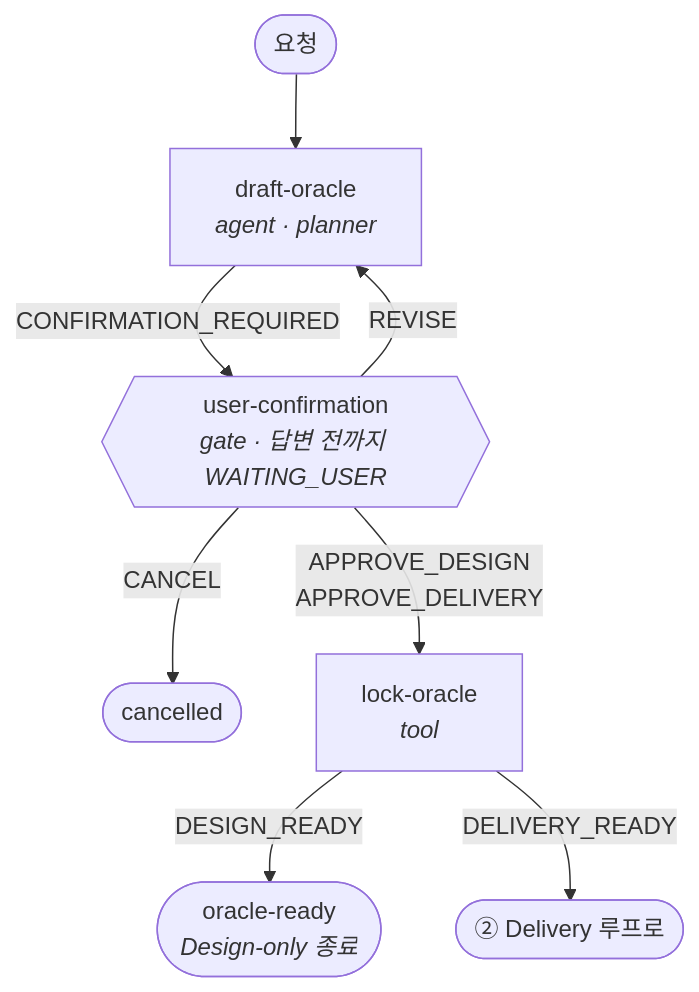
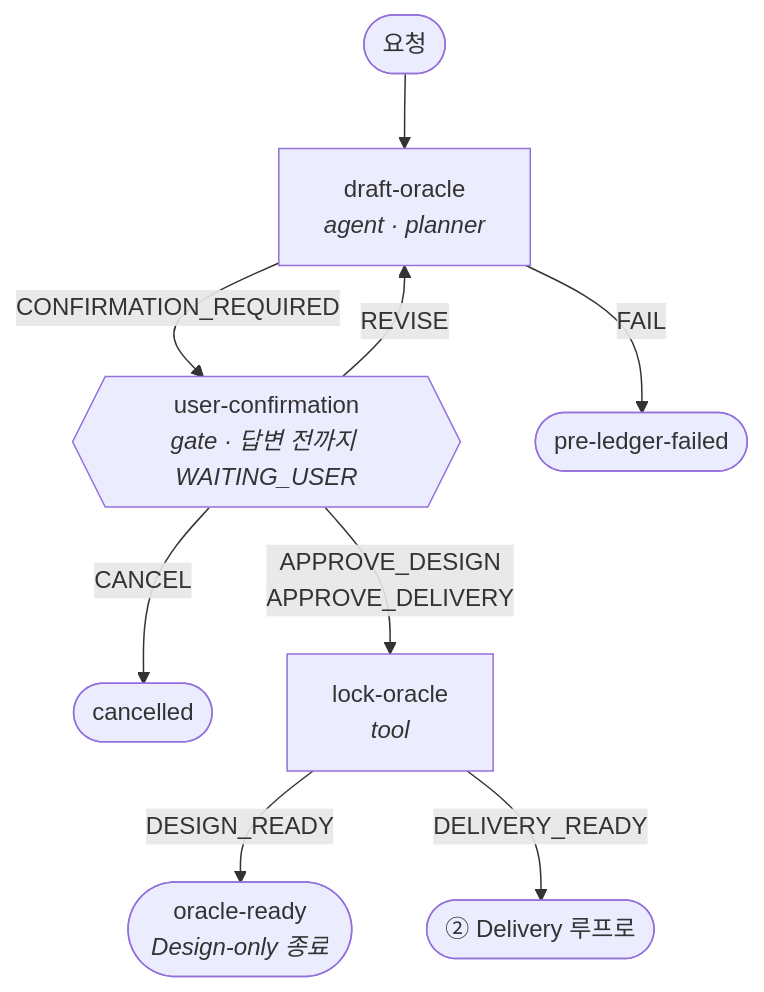
One commit to lodado/shareds changed the first of 3 diagrams in packages/frontend-oracle-design/skills/README.md. Above: the diagram before and after it, drawn with Mermaid. The commit also changed other lines of this file and 43 other files, not shown here.

````diff
--- a/packages/frontend-oracle-design/skills/README.md
+++ b/packages/frontend-oracle-design/skills/README.md
@@ -35,10 +35,11 @@
 ```mermaid
 flowchart TB
   REQ(["요청"]) --> D["draft-oracle<br/><i>agent · planner</i>"]
   D -->|CONFIRMATION_REQUIRED| U{{"user-confirmation<br/><i>gate · 답변 전까지 WAITING_USER</i>"}}
+  D -->|FAIL| PF(["pre-ledger-failed"])
   U -->|REVISE| D
   U -->|CANCEL| CX(["cancelled"])
   U -->|"APPROVE_DESIGN<br/>APPROVE_DELIVERY"| L["lock-oracle<br/><i>tool</i>"]
   L -->|DESIGN_READY| OK(["oracle-ready<br/><i>Design-only 종료</i>"])
   L -->|DELIVERY_READY| DEL(["② Delivery 루프로"])
 ```
````
